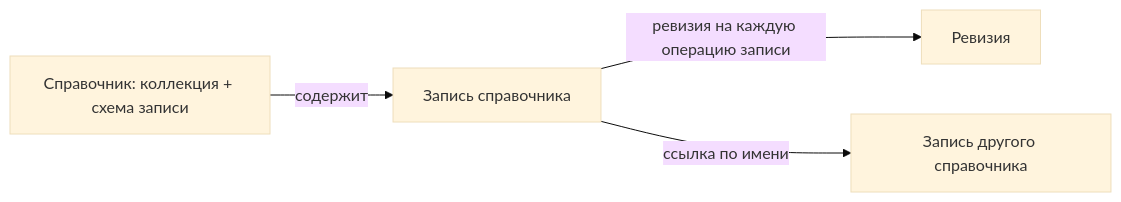
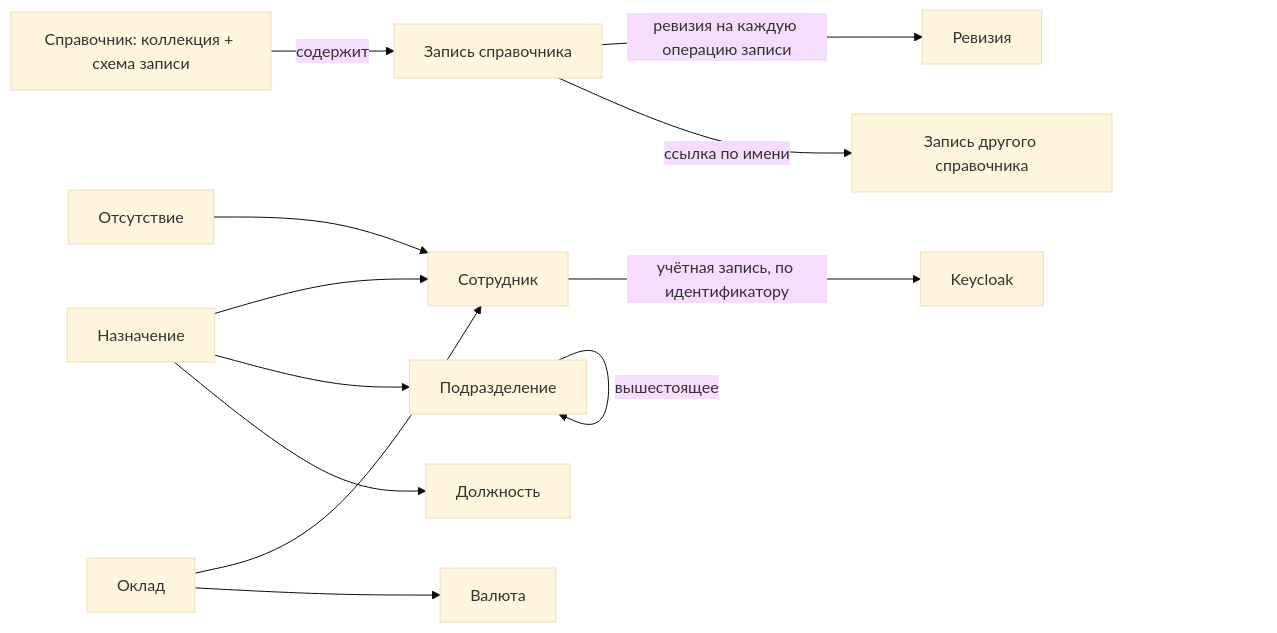
The first of 3 diagrams in reference-manager/documents/050.entities.md (MEPhI-C22-501/arch-info-system-monorepo), drawn with Mermaid (base theme) before and after one commit. The commit also changed other lines of this file and 32 other files, not shown here.

````diff
--- a/reference-manager/documents/050.entities.md
+++ b/reference-manager/documents/050.entities.md
@@ -10,6 +12,14 @@
 ```mermaid
 flowchart LR
     CAT["Справочник: коллекция + схема записи"] -->|"содержит"| REC["Запись справочника"]
     REC -->|"ревизия на каждую операцию записи"| REV["Ревизия"]
     REC -->|"ссылка по имени"| REC2["Запись другого справочника"]
+    EMP["Сотрудник"] -->|"учётная запись, по идентификатору"| KC["Keycloak"]
+    ASG["Назначение"] --> EMP
+    ASG --> OU["Подразделение"]
+    ASG --> POS["Должность"]
+    SAL["Оклад"] --> EMP
+    SAL --> CUR["Валюта"]
+    ABS["Отсутствие"] --> EMP
+    OU -->|"вышестоящее"| OU
 ```
````
